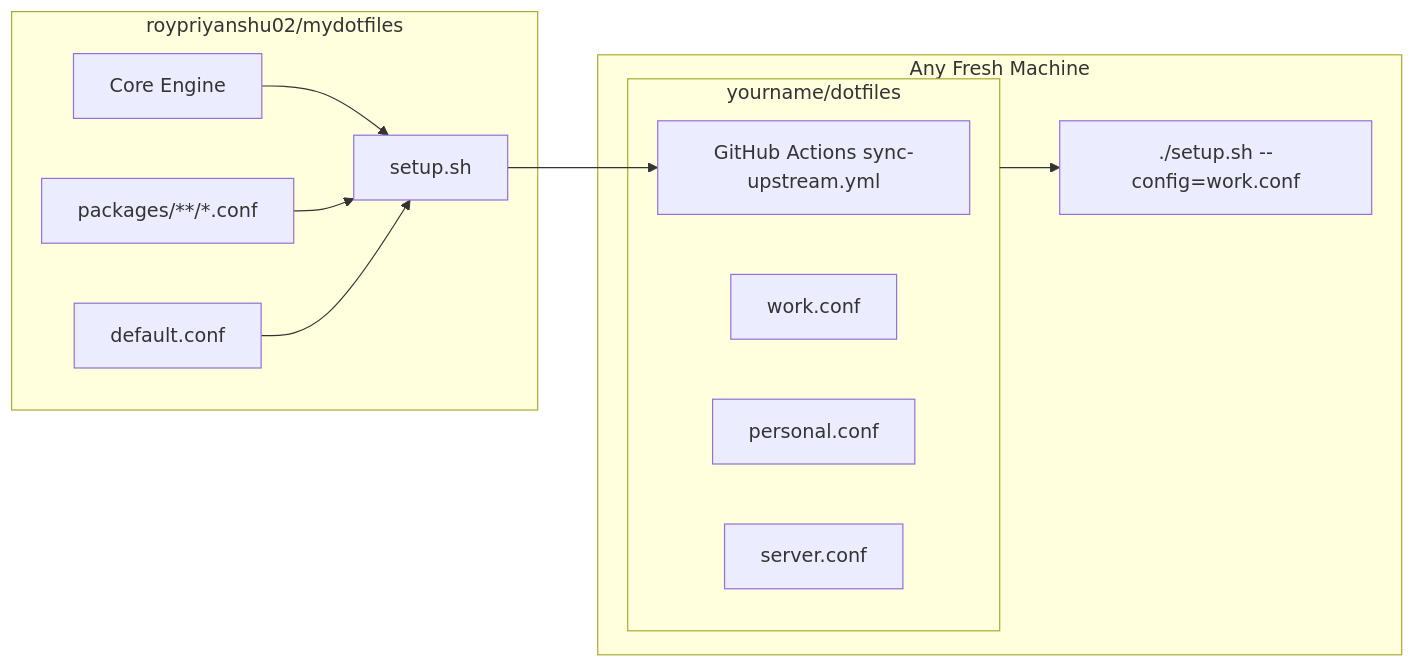
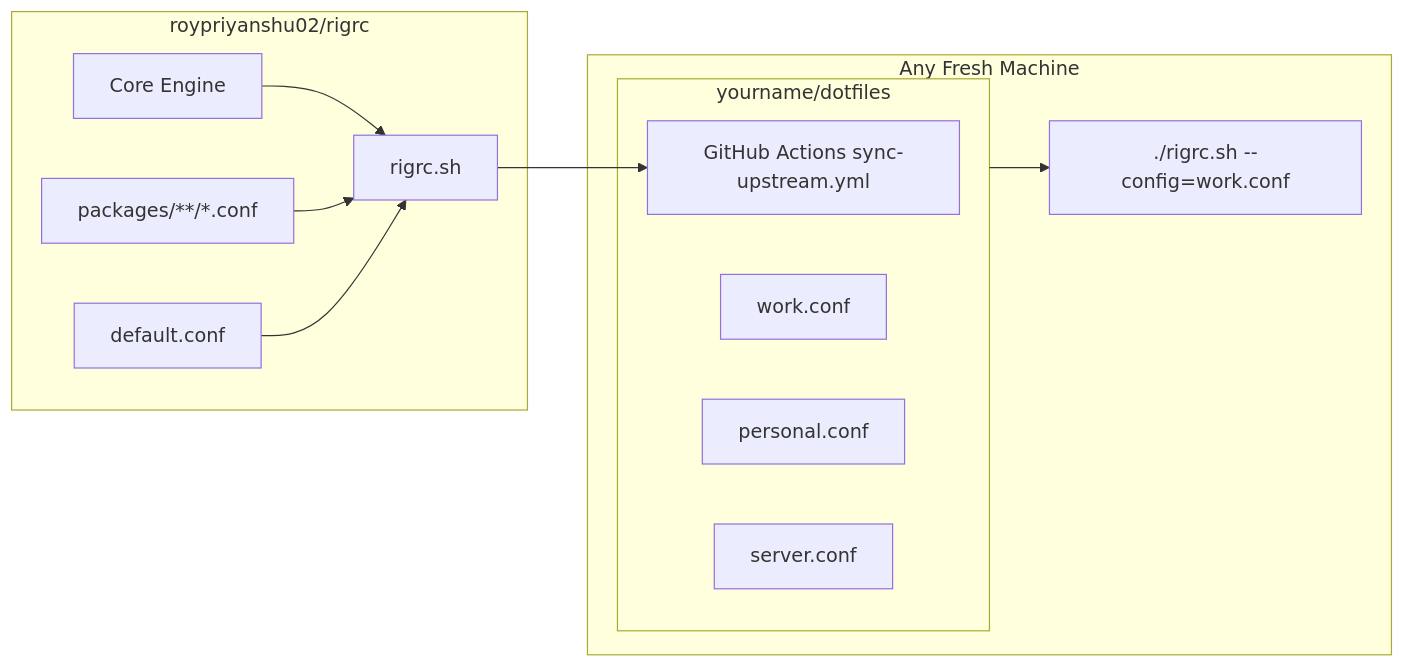
Before and after one commit to roypriyanshu02/rigrc: the diagram in docs/USER_GUIDE.md, drawn with Mermaid. The commit also changed other lines of this file and 4 other files, not shown here.

Commit message:
refactor(core): rename distribution script to rigrc.sh and update references

````diff
--- a/docs/USER_GUIDE.md
+++ b/docs/USER_GUIDE.md
@@ -14,19 +14,19 @@
 ```mermaid
 flowchart LR
-    subgraph Upstream [roypriyanshu02/mydotfiles]
-        Engine[Core Engine] --> Bundle[setup.sh]
+    subgraph Upstream [roypriyanshu02/rigrc]
+        Engine[Core Engine] --> Bundle[rigrc.sh]
         Manifests[packages/**/*.conf] --> Bundle
         Defaults[default.conf] --> Bundle
     end
 
     subgraph YourRepo [yourname/dotfiles]
         Bundle --> Sync[GitHub Actions sync-upstream.yml]
         Config1[work.conf]
         Config2[personal.conf]
         Config3[server.conf]
     end
 
     subgraph Target [Any Fresh Machine]
-        YourRepo --> Run["./setup.sh --config=work.conf"]
+        YourRepo --> Run["./rigrc.sh --config=work.conf"]
     end
 ```
````
